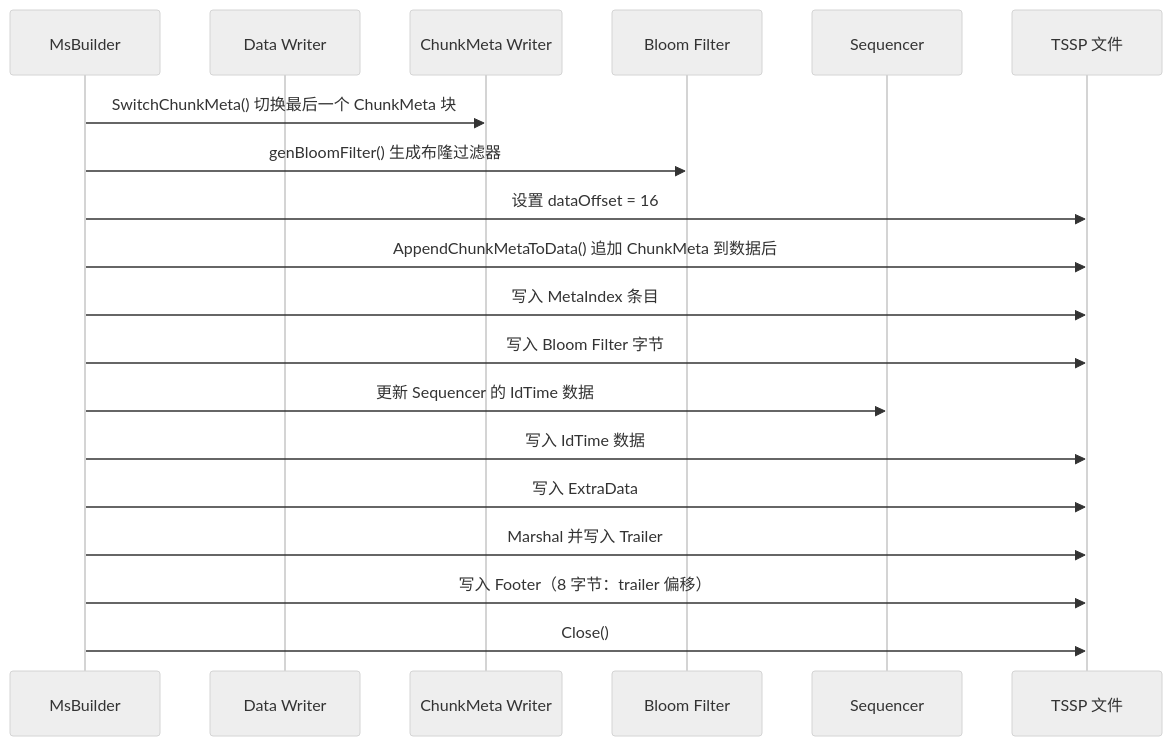
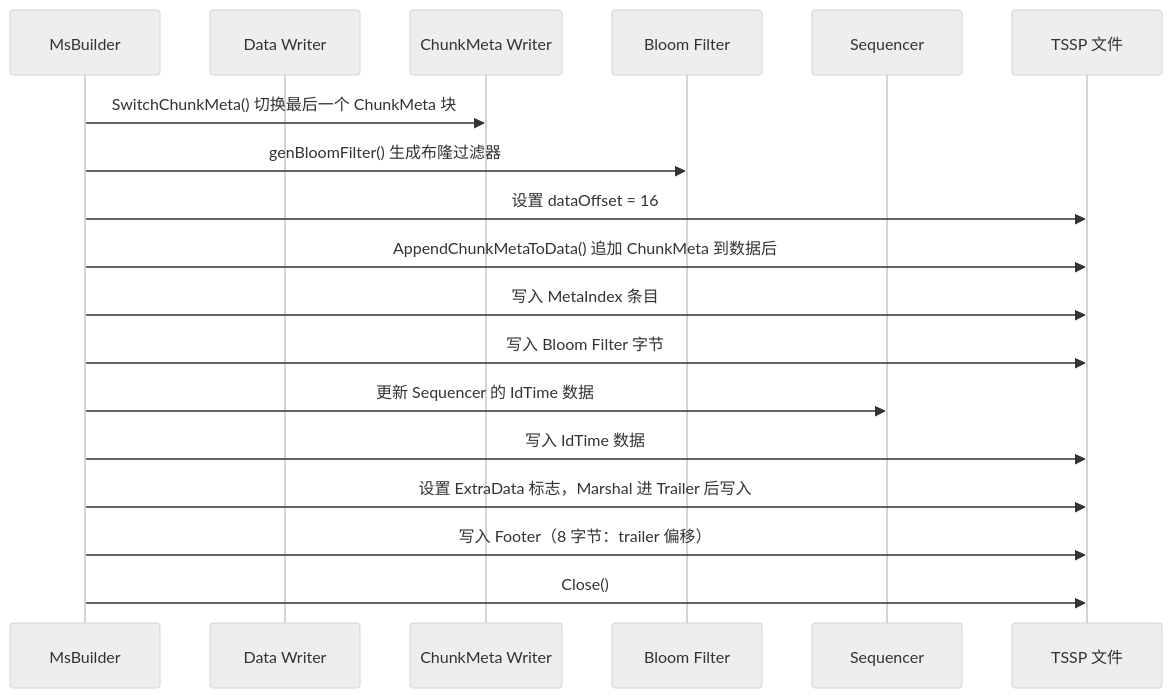
The ninth of 10 diagrams in docs/specs/13_tssp_file_format_spec.md (stefanv5/openGemini), drawn with Mermaid (neutral theme) before and after one commit. The commit also changed other lines of this file and 37 other files, not shown here.

````diff
--- a/docs/specs/13_tssp_file_format_spec.md
+++ b/docs/specs/13_tssp_file_format_spec.md
@@ -698,23 +746,22 @@
 ```mermaid
 sequenceDiagram
     participant Builder as MsBuilder
     participant Data as Data Writer
     participant CM as ChunkMeta Writer
     participant BF as Bloom Filter
     participant Seq as Sequencer
     participant File as TSSP 文件
 
     Builder->>CM: SwitchChunkMeta() 切换最后一个 ChunkMeta 块
     Builder->>BF: genBloomFilter() 生成布隆过滤器
 
     Builder->>File: 设置 dataOffset = 16
     Builder->>File: AppendChunkMetaToData() 追加 ChunkMeta 到数据后
     Builder->>File: 写入 MetaIndex 条目
     Builder->>File: 写入 Bloom Filter 字节
     Builder->>Seq: 更新 Sequencer 的 IdTime 数据
     Builder->>File: 写入 IdTime 数据
-    Builder->>File: 写入 ExtraData
-    Builder->>File: Marshal 并写入 Trailer
+    Builder->>File: 设置 ExtraData 标志，Marshal 进 Trailer 后写入
     Builder->>File: 写入 Footer（8 字节：trailer 偏移）
     Builder->>File: Close()
 ```
````
